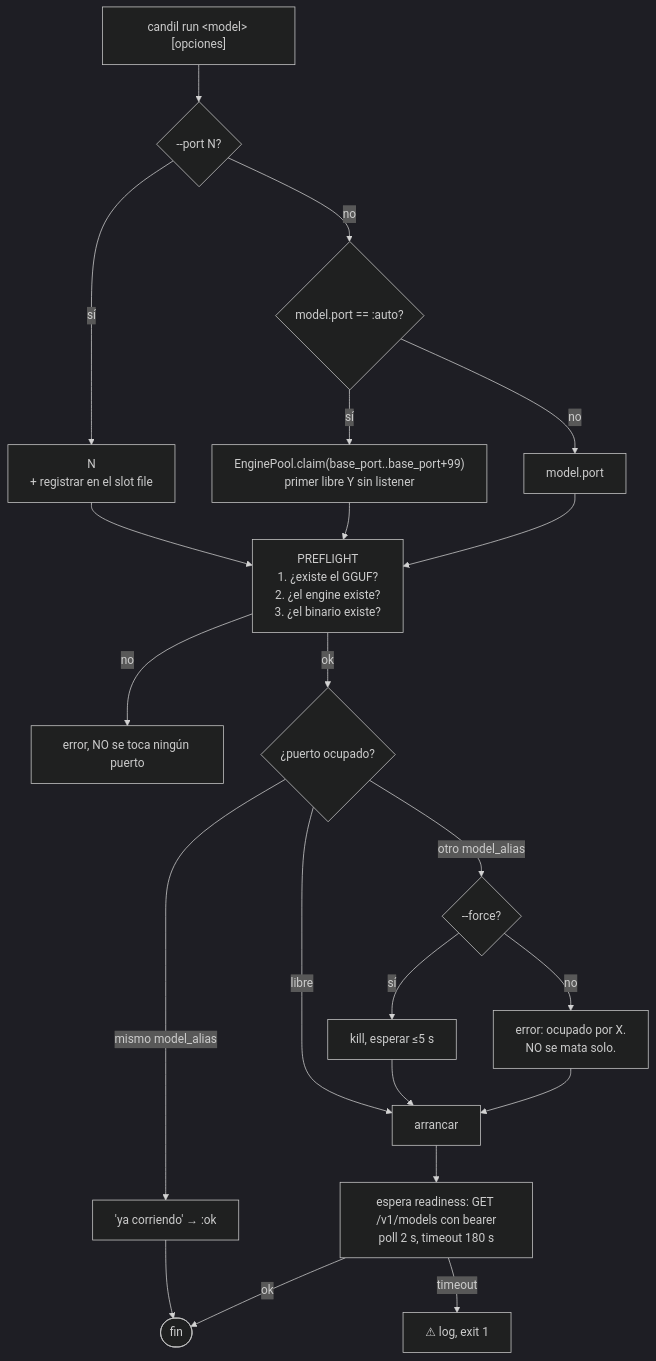
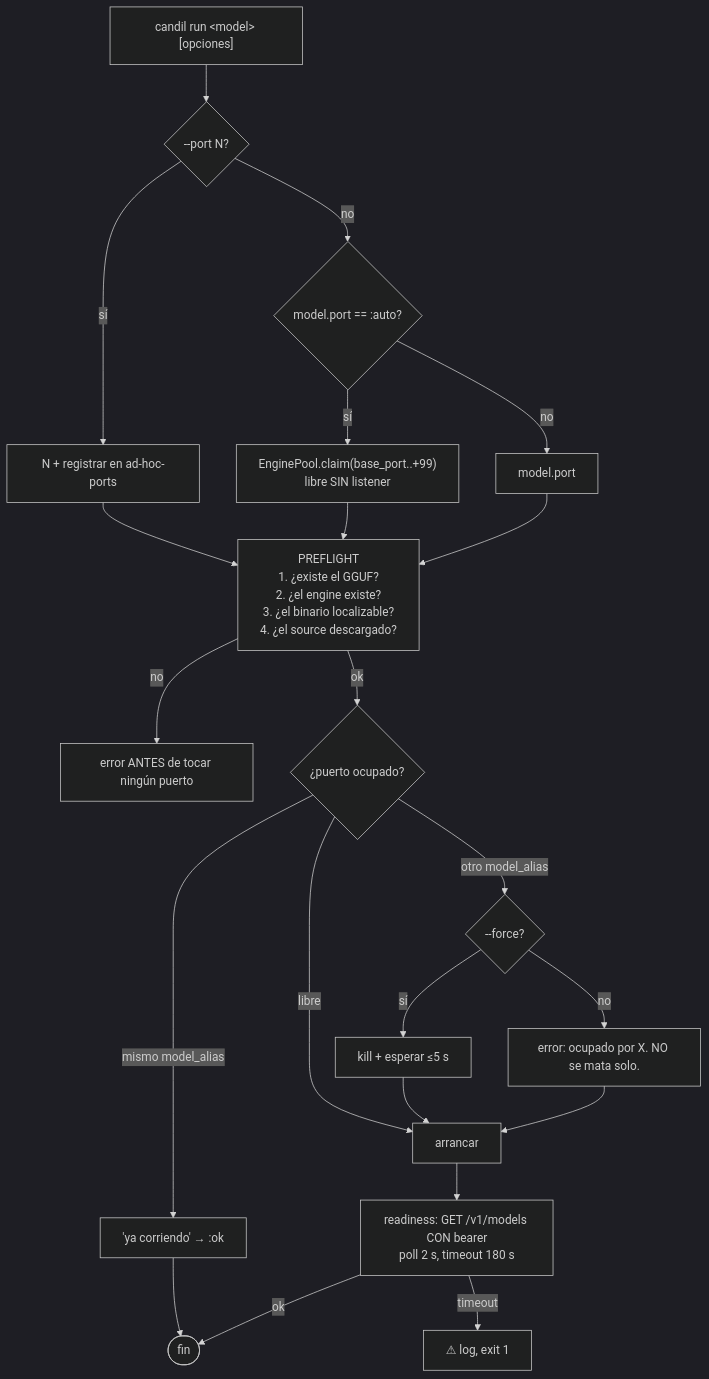
The eighth of 19 diagrams in proyecto 4.0/candil-4.0-final.md (Lorenzo-SF/candil), drawn with Mermaid (dark theme) before and after one commit. The commit also changed other lines of this file, not shown here.

First line of the commit message:
docs(candil): regenerate the 4.0 design document as the single source of truth

````diff
--- a/proyecto 4.0/candil-4.0-final.md
+++ b/proyecto 4.0/candil-4.0-final.md
@@ -756,24 +985,27 @@
 ```mermaid
 flowchart TD
     S["candil run &lt;model&gt; [opciones]"] --> A{"--port N?"}
-    A -->|sí| R1["N<br/>+ registrar en el slot file"]
+    A -->|sí| R1["N + registrar en ad-hoc-ports"]
     A -->|no| B{"model.port == :auto?"}
-    B -->|sí| R2["EnginePool.claim(base_port..base_port+99)<br/>primer libre Y sin listener"]
+    B -->|sí| R2["EnginePool.claim(base_port..+99)<br/>libre SIN listener"]
     B -->|no| R3["model.port"]
+
     R1 --> PRE
     R2 --> PRE
     R3 --> PRE
-    PRE["PREFLIGHT<br/>1. ¿existe el GGUF?<br/>2. ¿el engine existe?<br/>3. ¿el binario existe?"] -->|"no"| ERR2["error, NO se toca ningún puerto"]
+
+    PRE["PREFLIGHT<br/>1. ¿existe el GGUF?<br/>2. ¿el engine existe?<br/>3. ¿el binario localizable?<br/>4. ¿el source descargado?"] -->|"no"| ERR2["error ANTES de tocar ningún puerto"]
     PRE -->|ok| OCC{"¿puerto ocupado?"}
+
     OCC -->|libre| GO["arrancar"]
     OCC -->|"mismo model_alias"| SAME["'ya corriendo' → :ok"]
     OCC -->|"otro model_alias"| F{"--force?"}
-    F -->|no| ERR3["error: ocupado por X.<br/>NO se mata solo."]
-    F -->|sí| KILL["kill, esperar ≤5 s"]
+    F -->|no| ERR3["error: ocupado por X. NO se mata solo."]
+    F -->|sí| KILL["kill + esperar ≤5 s"]
     KILL --> GO
     ERR3 --> GO
     SAME --> DONE(["fin"])
-    GO --> WAIT["espera readiness: GET /v1/models con bearer<br/>poll 2 s, timeout 180 s"]
+    GO --> WAIT["readiness: GET /v1/models CON bearer<br/>poll 2 s, timeout 180 s"]
     WAIT -->|ok| DONE
     WAIT -->|timeout| FAIL2["⚠ log, exit 1"]
 ```
````
